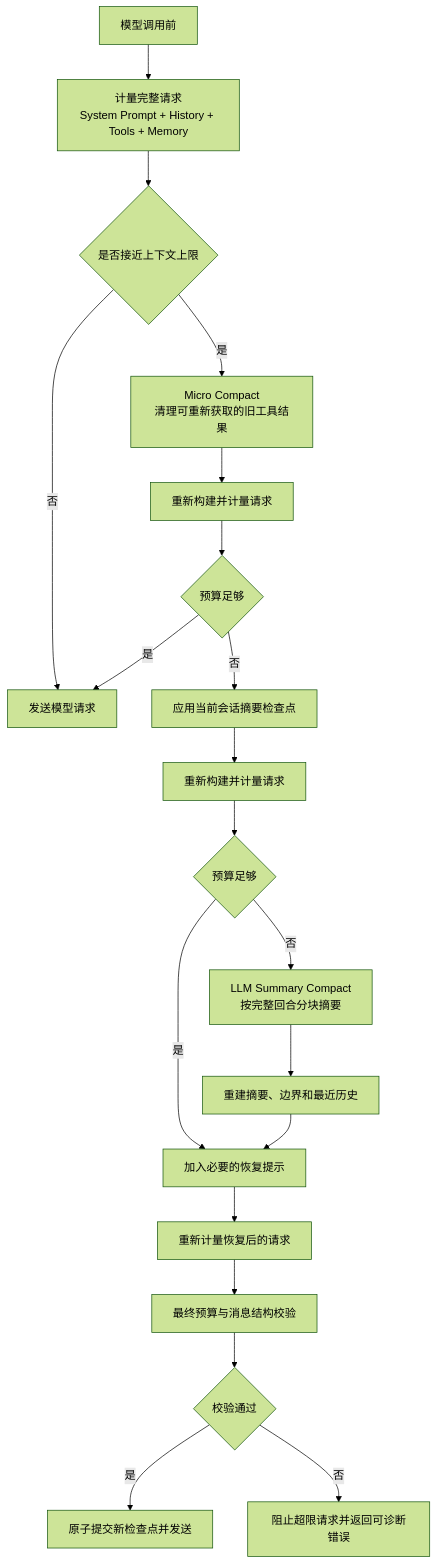
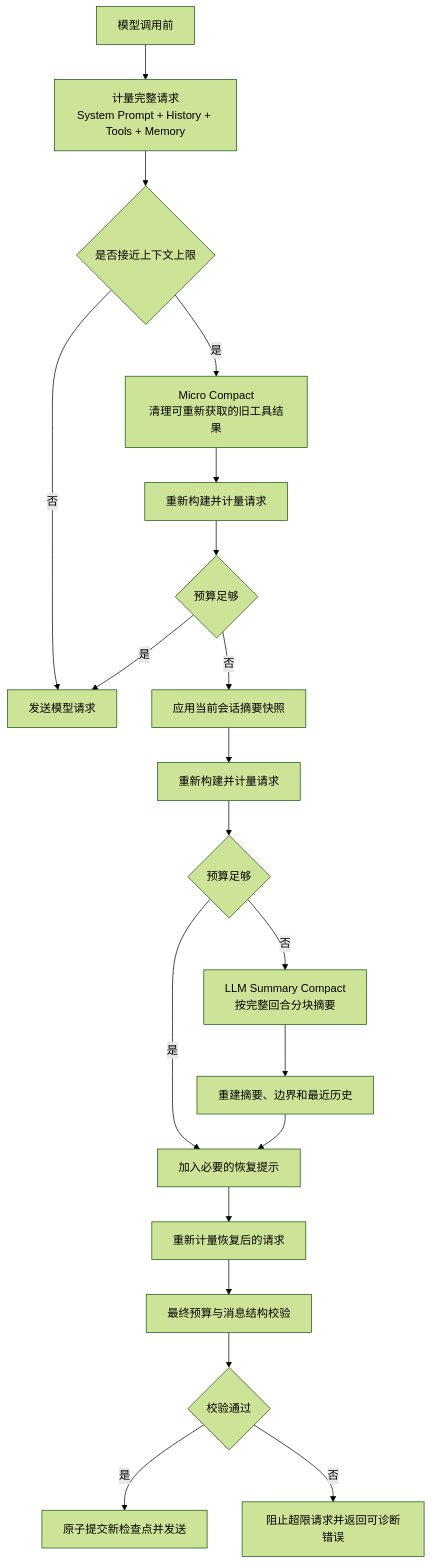
The second of 4 diagrams in README.md (codingayice/my-claude-code), drawn with Mermaid (forest theme) before and after one commit. The commit also changed 49 other files, not shown here.

````diff
--- a/README.md
+++ b/README.md
@@ -68,22 +68,22 @@
 ```mermaid
 flowchart TD
     Start["模型调用前"] --> Measure["计量完整请求\nSystem Prompt + History + Tools + Memory"]
     Measure --> Capacity{"是否接近上下文上限"}
     Capacity -- "否" --> Send["发送模型请求"]
     Capacity -- "是" --> Micro["Micro Compact\n清理可重新获取的旧工具结果"]
     Micro --> ReMeasure1["重新构建并计量请求"]
     ReMeasure1 --> Enough1{"预算足够"}
     Enough1 -- "是" --> Send
-    Enough1 -- "否" --> Checkpoint["应用当前会话摘要检查点"]
-    Checkpoint --> ReMeasure2["重新构建并计量请求"]
+    Enough1 -- "否" --> SummarySnapshot["应用当前会话摘要快照"]
+    SummarySnapshot --> ReMeasure2["重新构建并计量请求"]
     ReMeasure2 --> Enough2{"预算足够"}
     Enough2 -- "是" --> Restore["加入必要的恢复提示"]
     Enough2 -- "否" --> Summary["LLM Summary Compact\n按完整回合分块摘要"]
     Summary --> Rebuild["重建摘要、边界和最近历史"]
     Rebuild --> Restore
     Restore --> ReMeasureRestore["重新计量恢复后的请求"]
     ReMeasureRestore --> Validate["最终预算与消息结构校验"]
     Validate --> Valid{"校验通过"}
     Valid -- "是" --> Commit["原子提交新检查点并发送"]
     Valid -- "否" --> Block["阻止超限请求并返回可诊断错误"]
 ```
````
